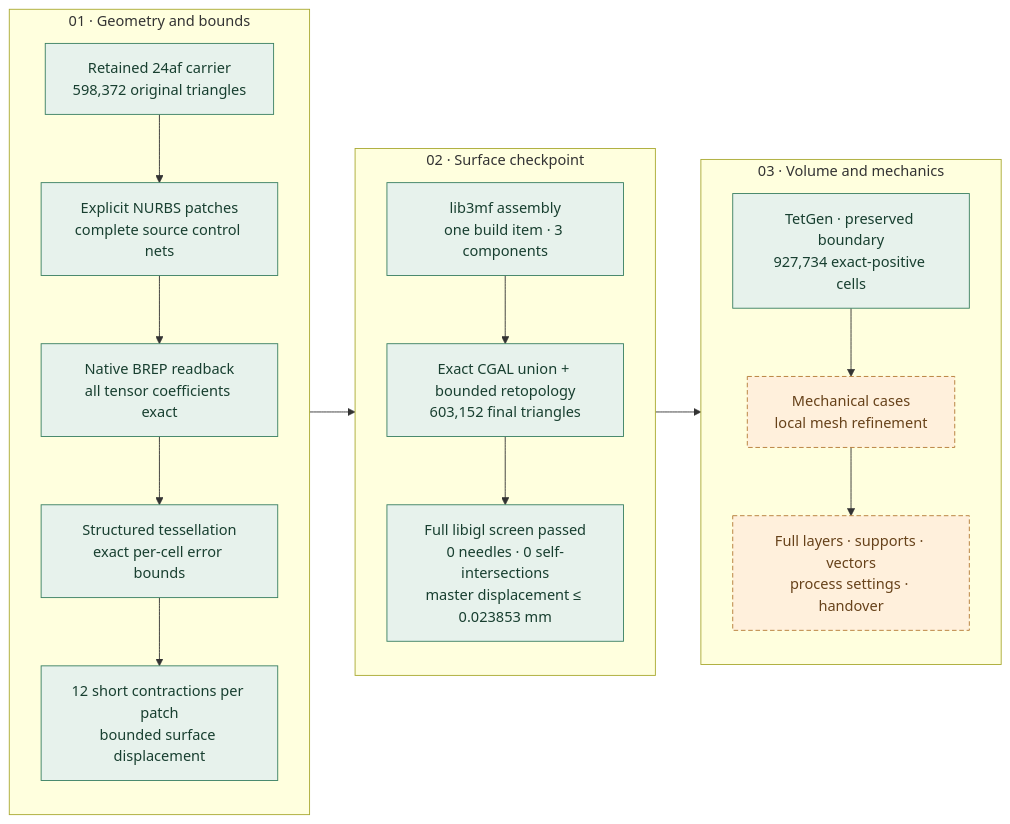
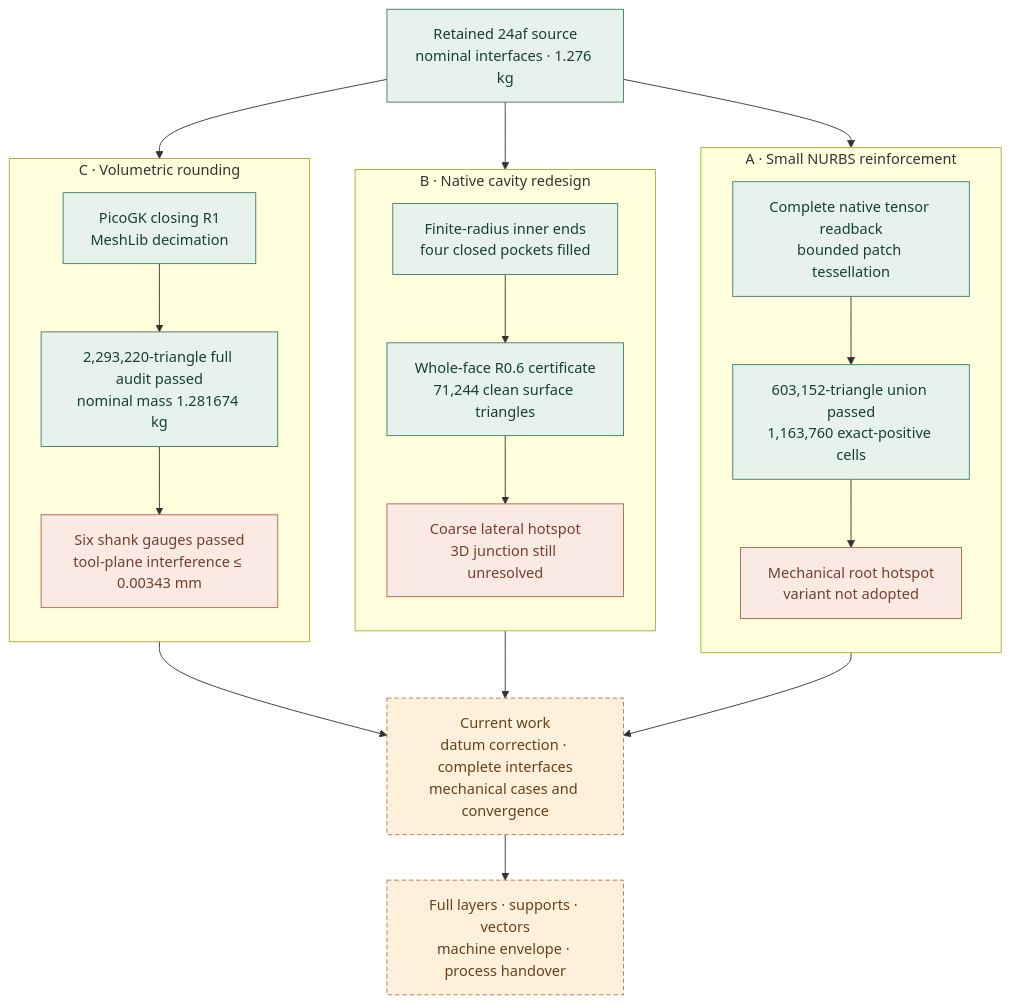
Before and after one commit to cluster2600/porscheparts: the diagram in docs/reports/carrier-resume-20261020/README.md, drawn with Mermaid. The commit also changed other lines of this file and 168 other files, not shown here.

Commit message:
Document mechanical hotspots, native radius proof and PicoGK MeshLib trials

````diff
--- a/docs/reports/carrier-resume-20261020/README.md
+++ b/docs/reports/carrier-resume-20261020/README.md
@@ -56,31 +59,38 @@
 ```mermaid
-flowchart LR
-    subgraph G["01 · Geometry and bounds"]
+flowchart TB
+    S["Retained 24af source<br/>nominal interfaces · 1.276 kg"]
+    subgraph A["A · Small NURBS reinforcement"]
         direction TB
-        P["Retained 24af carrier<br/>598,372 original triangles"]
-        N["Explicit NURBS patches<br/>complete source control nets"]
-        R["Native BREP readback<br/>all tensor coefficients exact"]
-        B["Structured tessellation<br/>exact per-cell error bounds"]
-        Q["12 short contractions per patch<br/>bounded surface displacement"]
-        P --> N --> R --> B --> Q
+        A1["Complete native tensor readback<br/>bounded patch tessellation"]
+        A2["603,152-triangle union passed<br/>1,163,760 exact-positive cells"]
+        A3["Mechanical root hotspot<br/>variant not adopted"]
+        A1 --> A2 --> A3
     end
-    subgraph C["02 · Surface checkpoint"]
+    subgraph B["B · Native cavity redesign"]
         direction TB
-        A["lib3mf assembly<br/>one build item · 3 components"]
-        I["Exact CGAL union + bounded retopology<br/>603,152 final triangles"]
-        S["Full libigl screen passed<br/>0 needles · 0 self-intersections<br/>master displacement ≤ 0.023853 mm"]
-        A --> I --> S
+        B1["Finite-radius inner ends<br/>four closed pockets filled"]
+        B2["Whole-face R0.6 certificate<br/>71,244 clean surface triangles"]
+        B3["Coarse lateral hotspot<br/>3D junction still unresolved"]
+        B1 --> B2 --> B3
     end
-    subgraph D["03 · Volume and mechanics"]
+    subgraph C["C · Volumetric rounding"]
         direction TB
-        V["TetGen · preserved boundary<br/>927,734 exact-positive cells"]
-        F["Mechanical cases<br/>local mesh refinement"]
-        L["Full layers · supports · vectors<br/>process settings · handover"]
-        V --> F --> L
+        C1["PicoGK closing R1<br/>MeshLib decimation"]
+        C2["2,293,220-triangle full audit passed<br/>nominal mass 1.281674 kg"]
+        C3["Six shank gauges passed<br/>tool-plane interference ≤ 0.00343 mm"]
+        C1 --> C2 --> C3
     end
-    G --> C --> D
+    S --> A1
+    S --> B1
+    S --> C1
+    A3 --> D["Current work<br/>datum correction · complete interfaces<br/>mechanical cases and convergence"]
+    B3 --> D
+    C3 --> D
+    D --> P["Full layers · supports · vectors<br/>machine envelope · process handover"]
     classDef passed fill:#e7f2ec,stroke:#3b8063,color:#183f30;
+    classDef refused fill:#fbe9e4,stroke:#b4644b,color:#743f2e;
     classDef next fill:#fff0dc,stroke:#b47a35,color:#67421a,stroke-dasharray:5 3;
-    class P,N,R,B,Q,A,I,S,V passed;
-    class F,L next;
+    class S,A1,A2,B1,B2,C1,C2 passed;
+    class A3,B3,C3 refused;
+    class D,P next;
 ```
````
